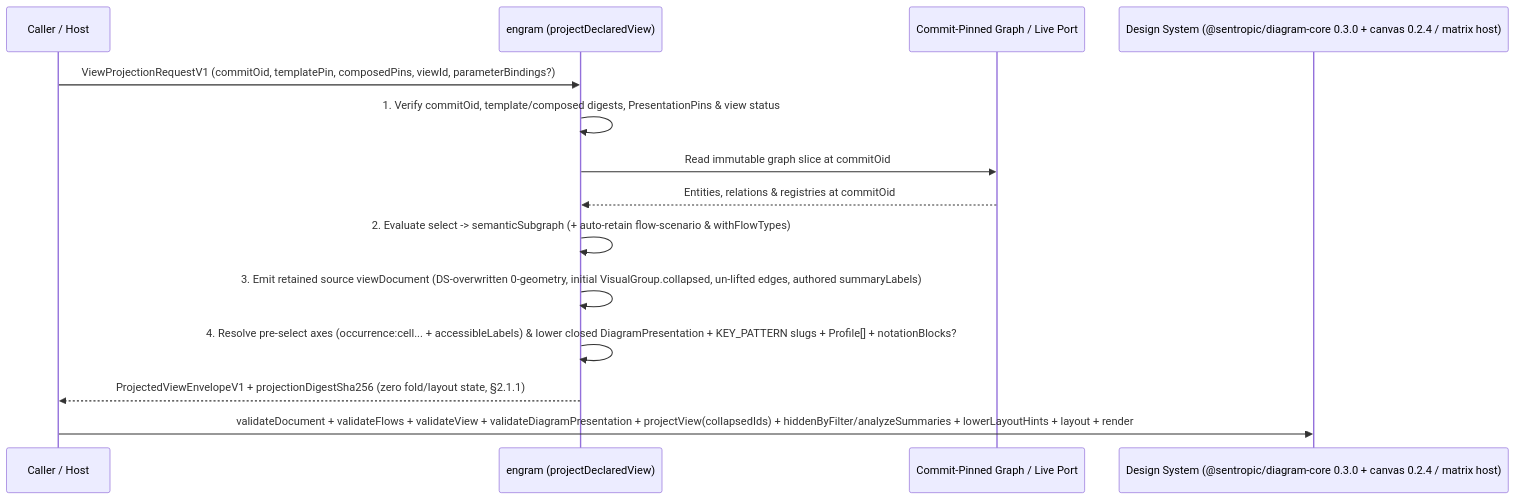
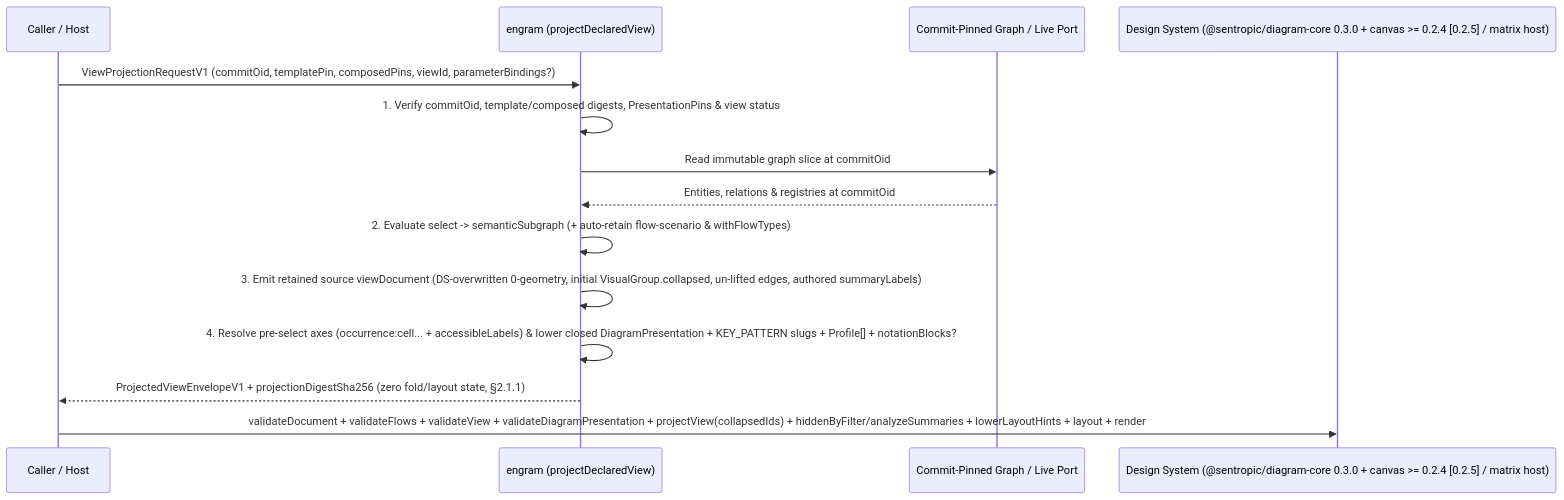
The diagram in spec/SPEC_ENGRAM_PROFILE_VIEW_MECHANISM.md (rhanka/engram), drawn with Mermaid before and after one commit. The commit also changed other lines of this file and 1 other file, not shown here.

````diff
--- a/spec/SPEC_ENGRAM_PROFILE_VIEW_MECHANISM.md
+++ b/spec/SPEC_ENGRAM_PROFILE_VIEW_MECHANISM.md
@@ -1113,17 +1140,17 @@
 ```mermaid
 sequenceDiagram
     participant Host as Caller / Host
     participant Engram as engram (projectDeclaredView)
     participant Store as Commit-Pinned Graph / Live Port
-    participant DS as Design System (@sentropic/diagram-core 0.3.0 + canvas 0.2.4 / matrix host)
+    participant DS as Design System (@sentropic/diagram-core 0.3.0 + canvas >= 0.2.4 [0.2.5] / matrix host)
 
     Host->>Engram: ViewProjectionRequestV1 (commitOid, templatePin, composedPins, viewId, parameterBindings?)
     Engram->>Engram: 1. Verify commitOid, template/composed digests, PresentationPins & view status
     Engram->>Store: Read immutable graph slice at commitOid
     Store-->>Engram: Entities, relations & registries at commitOid
     Engram->>Engram: 2. Evaluate select -> semanticSubgraph (+ auto-retain flow-scenario & withFlowTypes)
     Engram->>Engram: 3. Emit retained source viewDocument (DS-overwritten 0-geometry, initial VisualGroup.collapsed, un-lifted edges, authored summaryLabels)
     Engram->>Engram: 4. Resolve pre-select axes (occurrence:cell... + accessibleLabels) & lower closed DiagramPresentation + KEY_PATTERN slugs + Profile[] + notationBlocks?
     Engram-->>Host: ProjectedViewEnvelopeV1 + projectionDigestSha256 (zero fold/layout state, §2.1.1)
     Host->>DS: validateDocument + validateFlows + validateView + validateDiagramPresentation + projectView(collapsedIds) + hiddenByFilter/analyzeSummaries + lowerLayoutHints + layout + render
 ```
````
